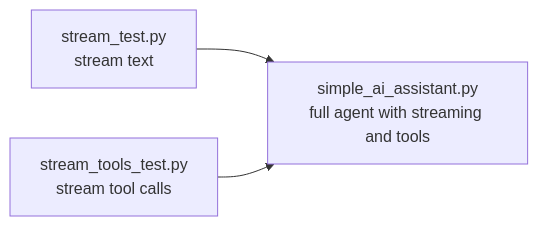
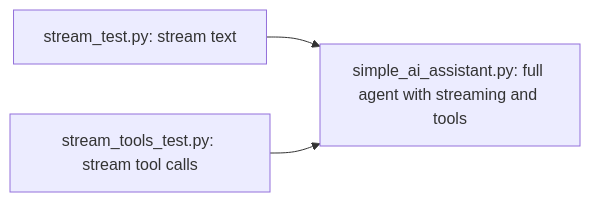
One commit to MAZHARMIK/python-ai-agent-ollama changed the first of 2 diagrams in Code Snippets/README.md. Above: the diagram before and after it, drawn with Mermaid. The commit also changed other lines of this file, not shown here.

````diff
--- a/Code Snippets/README.md
+++ b/Code Snippets/README.md
@@ -36,6 +42,6 @@
 ```mermaid
 flowchart LR
-    S1[stream_test.py<br/>stream text] --> A
-    S2[stream_tools_test.py<br/>stream tool calls] --> A
-    A[simple_ai_assistant.py<br/>full agent with streaming and tools]
+    S1[stream_test.py: stream text] --> A
+    S2[stream_tools_test.py: stream tool calls] --> A
+    A[simple_ai_assistant.py: full agent with streaming and tools]
 ```
````
